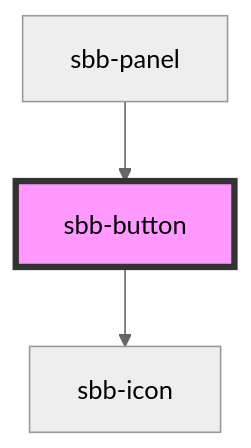
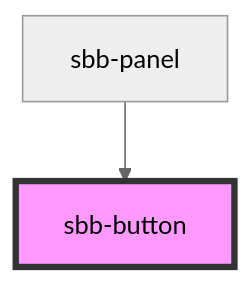
One commit to sbb-design-systems/lyne-components changed the diagram in src/components/sbb-button/readme.md. Above: the diagram before and after it, drawn with Mermaid (neutral theme). The commit also changed other lines of this file and 6 other files, not shown here.

````diff
--- a/src/components/sbb-button/readme.md
+++ b/src/components/sbb-button/readme.md
@@ -45,6 +41,5 @@
 ```mermaid
 graph TD;
-  sbb-button --> sbb-icon
   sbb-panel --> sbb-button
   style sbb-button fill:#f9f,stroke:#333,stroke-width:4px
 ```
````
